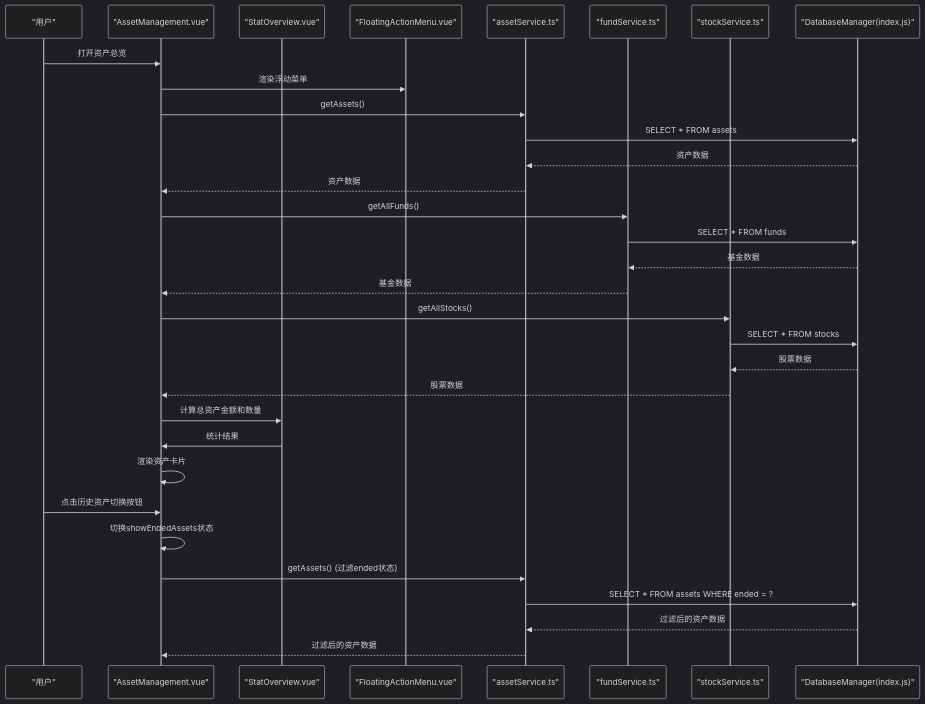
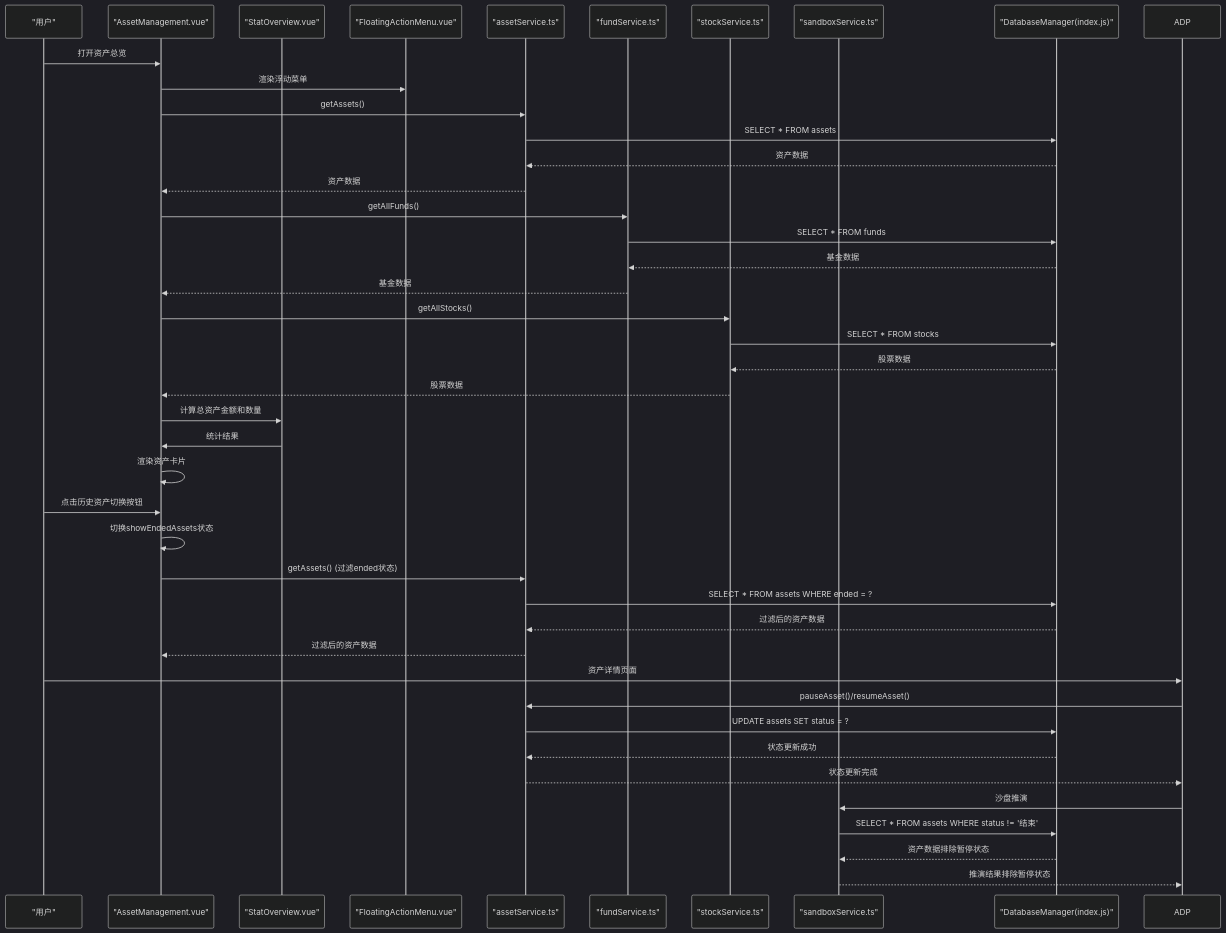
The second of 15 diagrams in .qoder/repowiki/zh/content/资产管理/资产管理.md (xiao-lin-unit/yuan), drawn with Mermaid (dark theme) before and after one commit. The commit also changed other lines of this file and 51 other files, not shown here.

````diff
--- a/.qoder/repowiki/zh/content/资产管理/资产管理.md
+++ b/.qoder/repowiki/zh/content/资产管理/资产管理.md
@@ -174,34 +178,44 @@
 ```mermaid
 sequenceDiagram
 participant U as "用户"
 participant AM as "AssetManagement.vue"
 participant SO as "StatOverview.vue"
 participant FAM as "FloatingActionMenu.vue"
 participant AS as "assetService.ts"
 participant FS as "fundService.ts"
 participant SS as "stockService.ts"
+participant SAN as "sandboxService.ts"
 participant DB as "DatabaseManager(index.js)"
 U->>AM : 打开资产总览
 AM->>FAM : 渲染浮动菜单
 AM->>AS : getAssets()
 AS->>DB : SELECT * FROM assets
 DB-->>AS : 资产数据
 AS-->>AM : 资产数据
 AM->>FS : getAllFunds()
 FS->>DB : SELECT * FROM funds
 DB-->>FS : 基金数据
 FS-->>AM : 基金数据
 AM->>SS : getAllStocks()
 SS->>DB : SELECT * FROM stocks
 DB-->>SS : 股票数据
 SS-->>AM : 股票数据
 AM->>SO : 计算总资产金额和数量
 SO->>AM : 统计结果
 AM->>AM : 渲染资产卡片
 U->>AM : 点击历史资产切换按钮
 AM->>AM : 切换showEndedAssets状态
 AM->>AS : getAssets() (过滤ended状态)
 AS->>DB : SELECT * FROM assets WHERE ended = ?
 DB-->>AS : 过滤后的资产数据
 AS-->>AM : 过滤后的资产数据
+U->>ADP : 资产详情页面
+ADP->>AS : pauseAsset()/resumeAsset()
+AS->>DB : UPDATE assets SET status = ?
+DB-->>AS : 状态更新成功
+AS-->>ADP : 状态更新完成
+ADP->>SAN : 沙盘推演
+SAN->>DB : SELECT * FROM assets WHERE status != '结束'
+DB-->>SAN : 资产数据排除暂停状态
+SAN-->>ADP : 推演结果排除暂停状态
 ```
````
